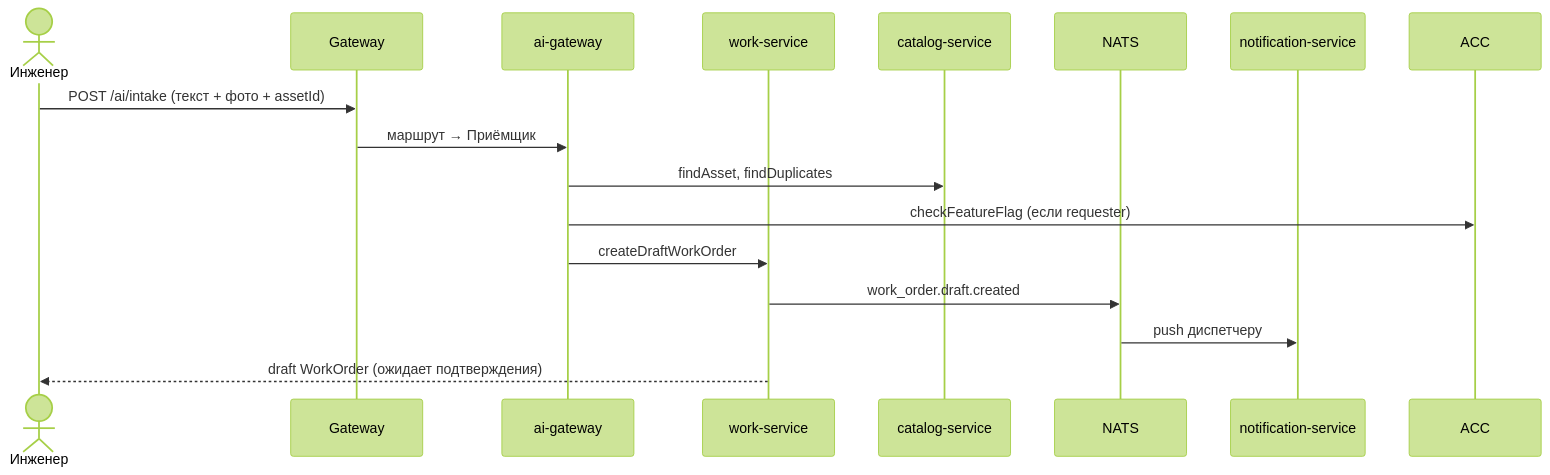
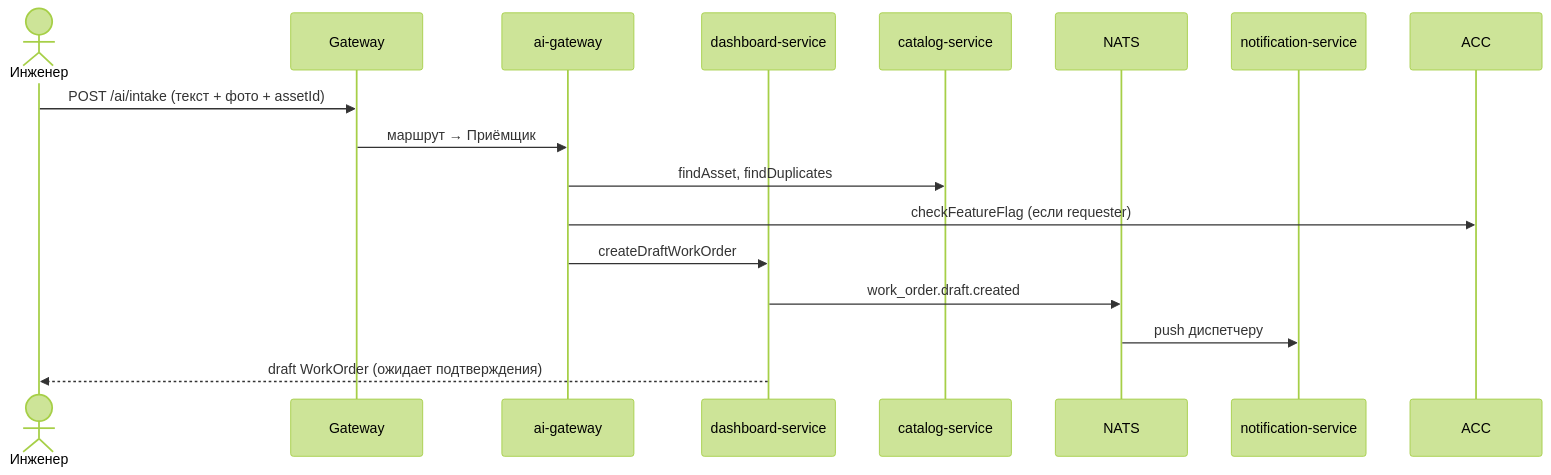
Diagram 11 of 12 in TOIR_AI_SYSTEM_DESIGN.md (masterdoc-app/masterdoc), drawn with Mermaid (forest theme) before and after one commit. The commit also changed other lines of this file and 1 other file, not shown here.

First line of the commit message:
docs: rename work-service to dashboard-service

````diff
--- a/TOIR_AI_SYSTEM_DESIGN.md
+++ b/TOIR_AI_SYSTEM_DESIGN.md
@@ -1003,19 +1003,19 @@
 ```mermaid
 sequenceDiagram
   actor E as Инженер
   participant GW as Gateway
   participant AI as ai-gateway
-  participant WRK as work-service
+  participant DSH as dashboard-service
   participant CAT as catalog-service
   participant BUS as NATS
   participant NTF as notification-service
 
   E->>GW: POST /ai/intake (текст + фото + assetId)
   GW->>AI: маршрут → Приёмщик
   AI->>CAT: findAsset, findDuplicates
   AI->>ACC: checkFeatureFlag (если requester)
-  AI->>WRK: createDraftWorkOrder
-  WRK->>BUS: work_order.draft.created
+  AI->>DSH: createDraftWorkOrder
+  DSH->>BUS: work_order.draft.created
   BUS->>NTF: push диспетчеру
-  WRK-->>E: draft WorkOrder (ожидает подтверждения)
+  DSH-->>E: draft WorkOrder (ожидает подтверждения)
 ```
````
